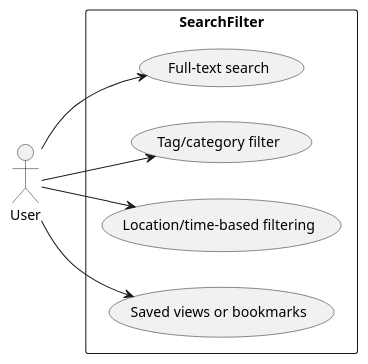
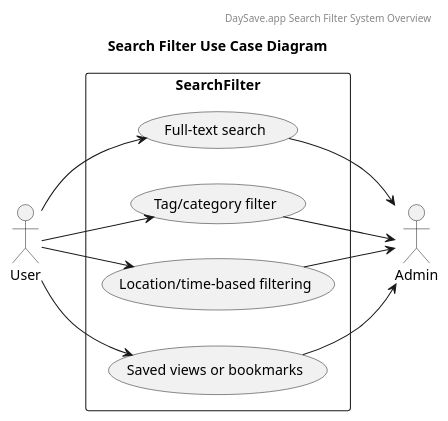
The diagram in docs/diagrams/src/usecase_searchfilter.puml (andyegli/daysave.app), drawn with PlantUML before and after one commit. The commit also changed 15 other files, not shown here.

Commit message:
moved diagrams

```diff
--- a/docs/diagrams/src/usecase_searchfilter.puml
+++ b/docs/diagrams/src/usecase_searchfilter.puml
@@ -1,14 +1,34 @@
 @startuml
+header DaySave.app Search Filter System Overview
+
+title Search Filter Use Case Diagram
+
+' Set direction
 left to right direction
+
+' Actors
 actor User
+actor Admin 
+
+' Use case rectangle
 rectangle SearchFilter {
-  ( Full-text search )
-  User --> ( Full-text search )
-  ( Tag/category filter )
-  User --> ( Tag/category filter )
-  ( Location/time-based filtering )
-  User --> ( Location/time-based filtering )
-  ( Saved views or bookmarks )
-  User --> ( Saved views or bookmarks )
+  (Full-text search)
+  (Tag/category filter)
+  (Location/time-based filtering)
+  (Saved views or bookmarks)
 }
+
+' User associations
+User --> (Full-text search)
+User --> (Tag/category filter)
+User --> (Location/time-based filtering)
+User --> (Saved views or bookmarks)
+
+' Admin associations to all use cases
+(Full-text search) --> Admin
+(Tag/category filter) --> Admin
+(Location/time-based filtering) --> Admin
+(Saved views or bookmarks) --> Admin
+
+
 @enduml
```
